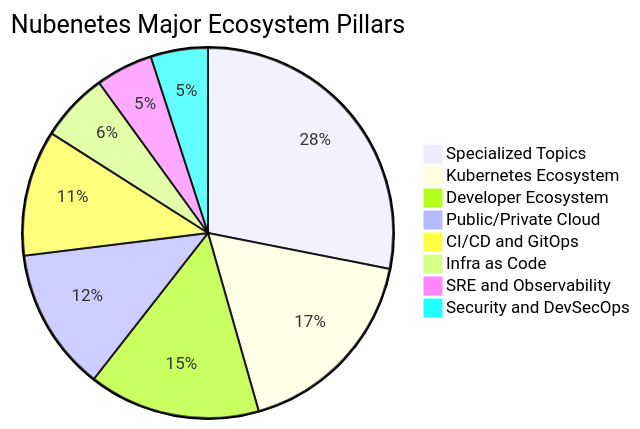
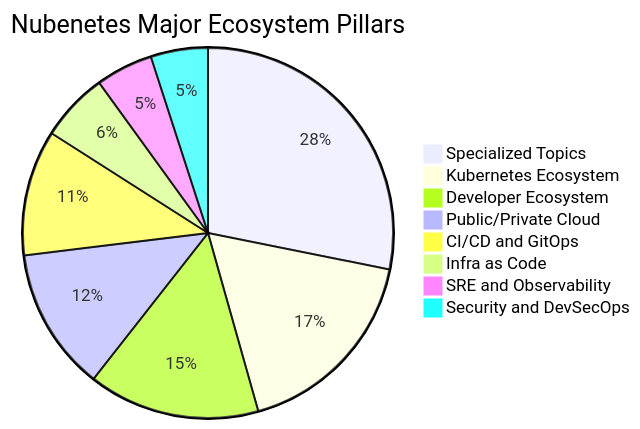
The second of 14 diagrams in README.md (nubenetes/awesome-kubernetes), drawn with Mermaid before and after one commit. The commit also changed other lines of this file and 7 other files, not shown here.

````diff
--- a/README.md
+++ b/README.md
@@ -308,11 +308,11 @@
 ```mermaid
 pie title Nubenetes Major Ecosystem Pillars
-    "Specialized Topics" : 5630
+    "Specialized Topics" : 5645
     "Kubernetes Ecosystem" : 3500
     "Developer Ecosystem" : 3000
     "Public/Private Cloud" : 2500
     "CI/CD and GitOps" : 2200
     "Infra as Code" : 1200
     "SRE and Observability" : 1000
     "Security and DevSecOps" : 1000
 ```
````
